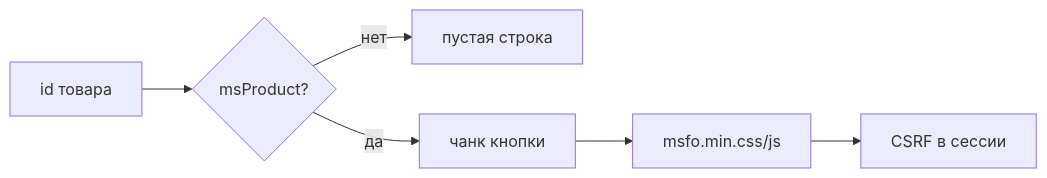
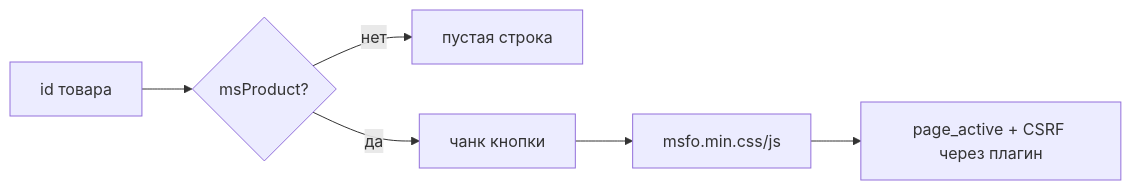
The diagram in docs/components/msfastorder/snippets/msFastOrder.md (modx-pro/Docs), drawn with Mermaid before and after one commit. The commit also changed other lines of this file and 9 other files, not shown here.

````diff
--- a/docs/components/msfastorder/snippets/msFastOrder.md
+++ b/docs/components/msfastorder/snippets/msFastOrder.md
@@ -12,8 +12,8 @@
 ```mermaid
 flowchart LR
   A[id товара] --> B{msProduct?}
   B -->|нет| Z[пустая строка]
   B -->|да| C[чанк кнопки]
   C --> D[msfo.min.css/js]
-  D --> E[CSRF в сессии]
+  D --> E[page_active + CSRF через плагин]
 ```
````
